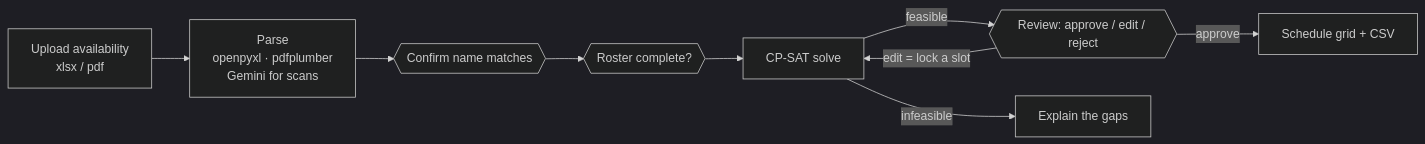
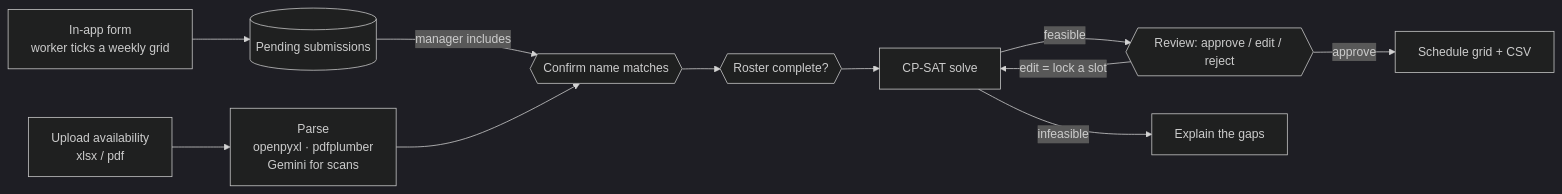
Before and after one commit to ShahidHKhan/desk-scheduler: the diagram in README.md, drawn with Mermaid (dark theme). The commit also changed other lines of this file and 12 other files, not shown here.

````diff
--- a/README.md
+++ b/README.md
@@ -13,11 +13,13 @@
 ```mermaid
 flowchart LR
   A[Upload availability<br/>xlsx / pdf] --> B[Parse<br/>openpyxl · pdfplumber<br/>Gemini for scans]
+  W[In-app form<br/>worker ticks a weekly grid] --> S[(Pending submissions)]
+  S -->|manager includes| C
   B --> C{{Confirm name matches}}
   C --> D{{Roster complete?}}
   D --> E[CP-SAT solve]
   E -->|feasible| F{{Review: approve / edit / reject}}
   E -->|infeasible| G[Explain the gaps]
   F -->|edit = lock a slot| E
   F -->|approve| H[Schedule grid + CSV]
 ```
````
